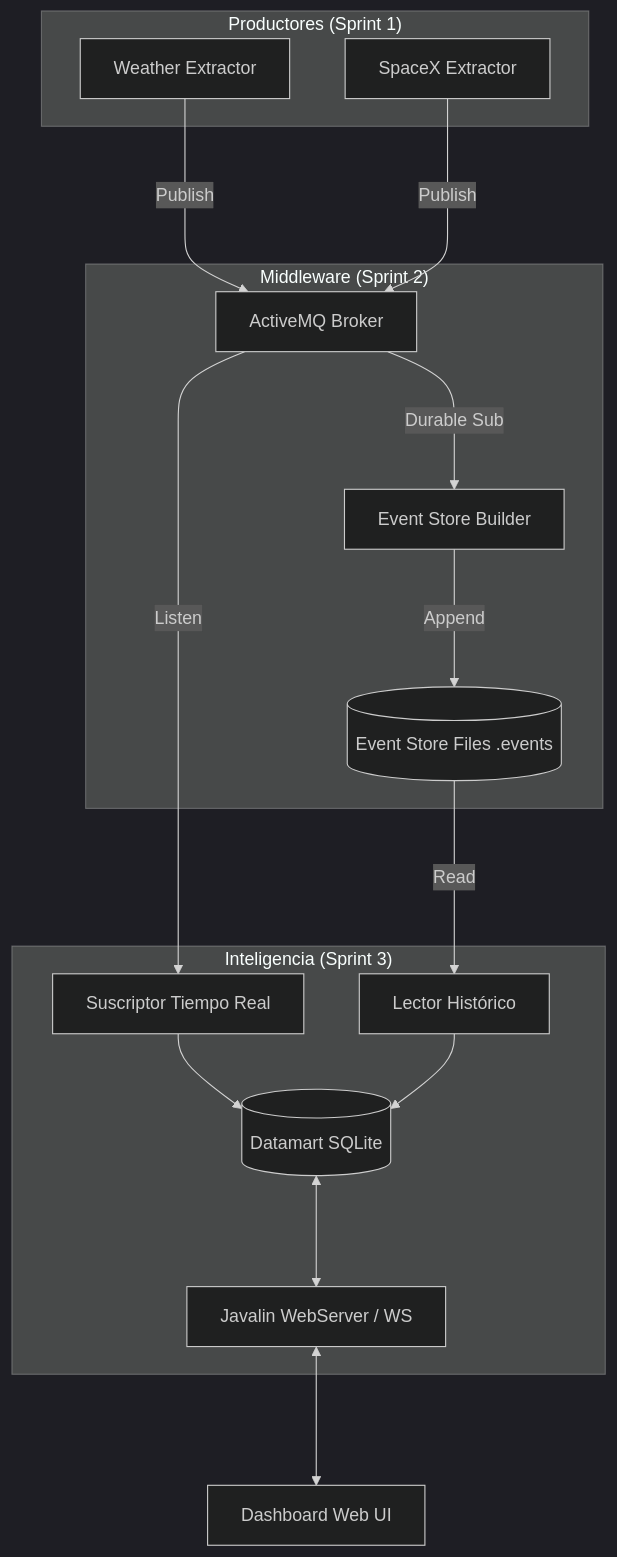
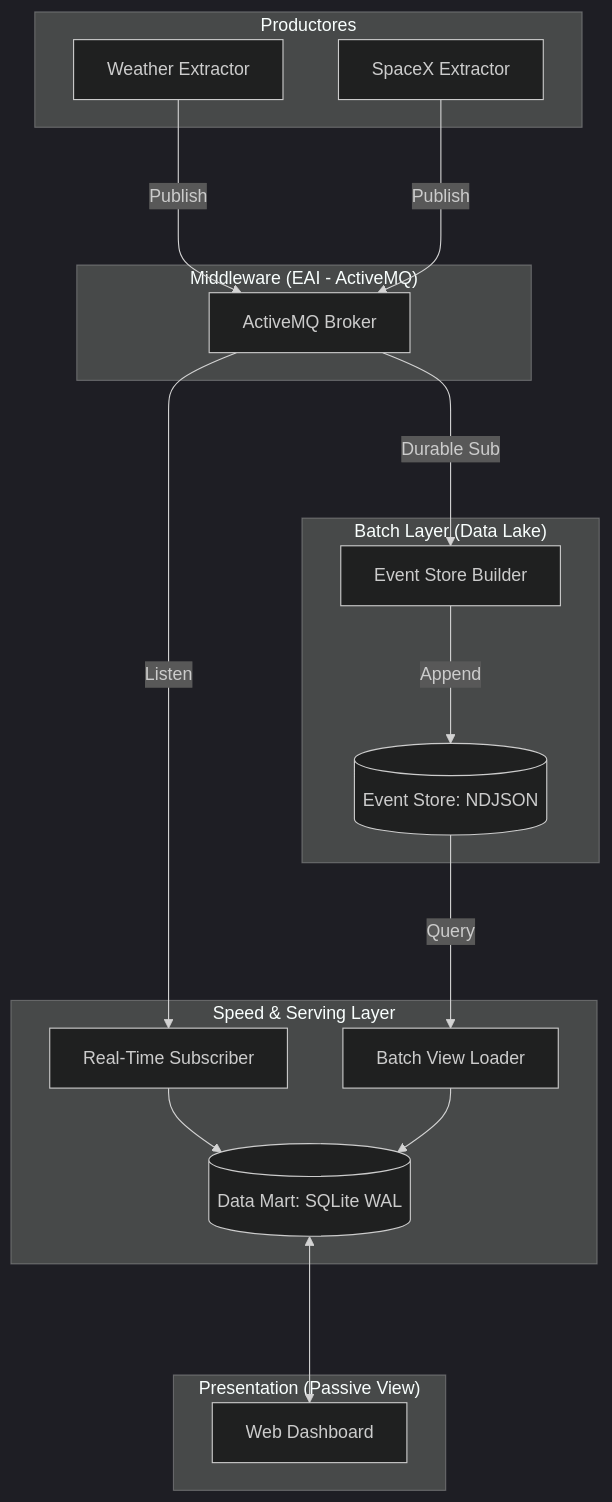
The first of 2 diagrams in README.md (OmeletCode/dacd-data-app), drawn with Mermaid (dark theme) before and after one commit. The commit also changed other lines of this file and 45 other files, not shown here.

````diff
--- a/README.md
+++ b/README.md
@@ -52,32 +57,34 @@
 ```mermaid
 graph TD
-    subgraph "Productores (Sprint 1)"
+    subgraph "Productores"
         WE[Weather Extractor]
         SE[SpaceX Extractor]
     end
 
-    subgraph "Middleware (Sprint 2)"
+    subgraph "Middleware (EAI - ActiveMQ)"
         B[ActiveMQ Broker]
-        ES[Event Store Builder]
-        HD[(Event Store Files .events)]
     end
 
-    subgraph "Inteligencia (Sprint 3)"
-        AS[Suscriptor Tiempo Real]
-        ER[Lector Histórico]
-        DM[(Datamart SQLite)]
-        API[Javalin WebServer / WS]
+    subgraph "Batch Layer (Data Lake)"
+        ES[Event Store Builder]
+        HD[(Event Store: NDJSON)]
     end
 
-    GUI[Dashboard Web UI]
+    subgraph "Speed & Serving Layer"
+        AS[Real-Time Subscriber]
+        ER[Batch View Loader]
+        DM[(Data Mart: SQLite WAL)]
+    end
 
-    WE --->|Publish| B
-    SE --->|Publish| B
+    subgraph "Presentation (Passive View)"
+        GUI[Web Dashboard]
+    end
+
+    WE & SE --->|Publish| B
     B --->|Durable Sub| ES
     ES --->|Append| HD
     B --->|Listen| AS
-    HD --->|Read| ER
+    HD --->|Query| ER
     AS & ER --> DM
-    DM <---> API
-    API <---> GUI
+    DM <---> GUI
 ```
````
